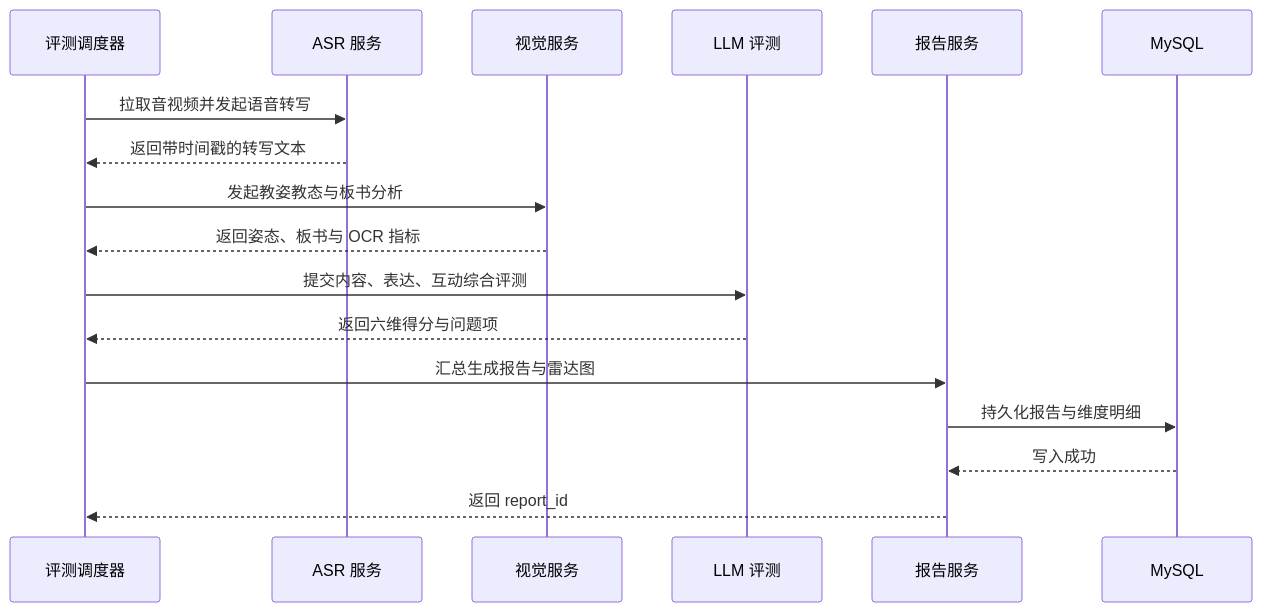
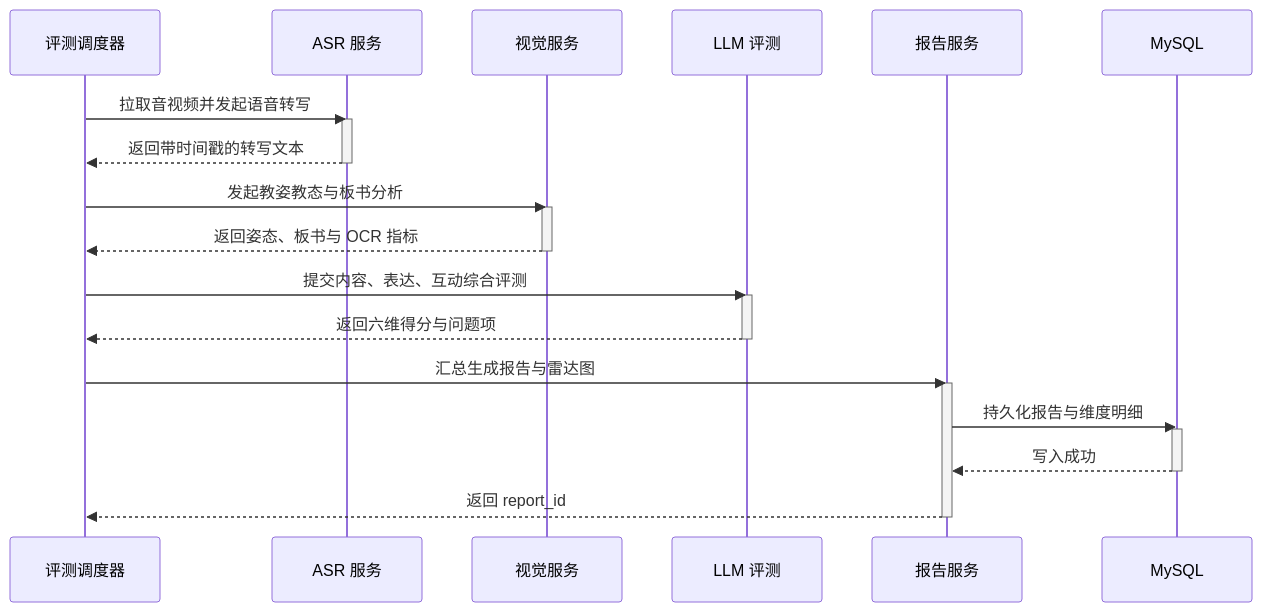
The fourth of 5 diagrams in 第05组_师范专业AI试讲台系统_需求分析.md (Savior-R/reGroupprojectV1), drawn with Mermaid before and after one commit. The commit also changed other lines of this file, not shown here.

````diff
--- a/第05组_师范专业AI试讲台系统_需求分析.md
+++ b/第05组_师范专业AI试讲台系统_需求分析.md
@@ -911,19 +960,29 @@
 ```mermaid
 sequenceDiagram
     participant SC as 评测调度器
     participant ASR as ASR 服务
     participant CV as 视觉服务
     participant LLM as LLM 评测
     participant RP as 报告服务
     participant DB as MySQL
     SC->>ASR: 拉取音视频并发起语音转写
+    activate ASR
     ASR-->>SC: 返回带时间戳的转写文本
+    deactivate ASR
     SC->>CV: 发起教姿教态与板书分析
+    activate CV
     CV-->>SC: 返回姿态、板书与 OCR 指标
+    deactivate CV
     SC->>LLM: 提交内容、表达、互动综合评测
+    activate LLM
     LLM-->>SC: 返回六维得分与问题项
+    deactivate LLM
     SC->>RP: 汇总生成报告与雷达图
+    activate RP
     RP->>DB: 持久化报告与维度明细
+    activate DB
     DB-->>RP: 写入成功
+    deactivate DB
     RP-->>SC: 返回 report_id
+    deactivate RP
 ```
````
